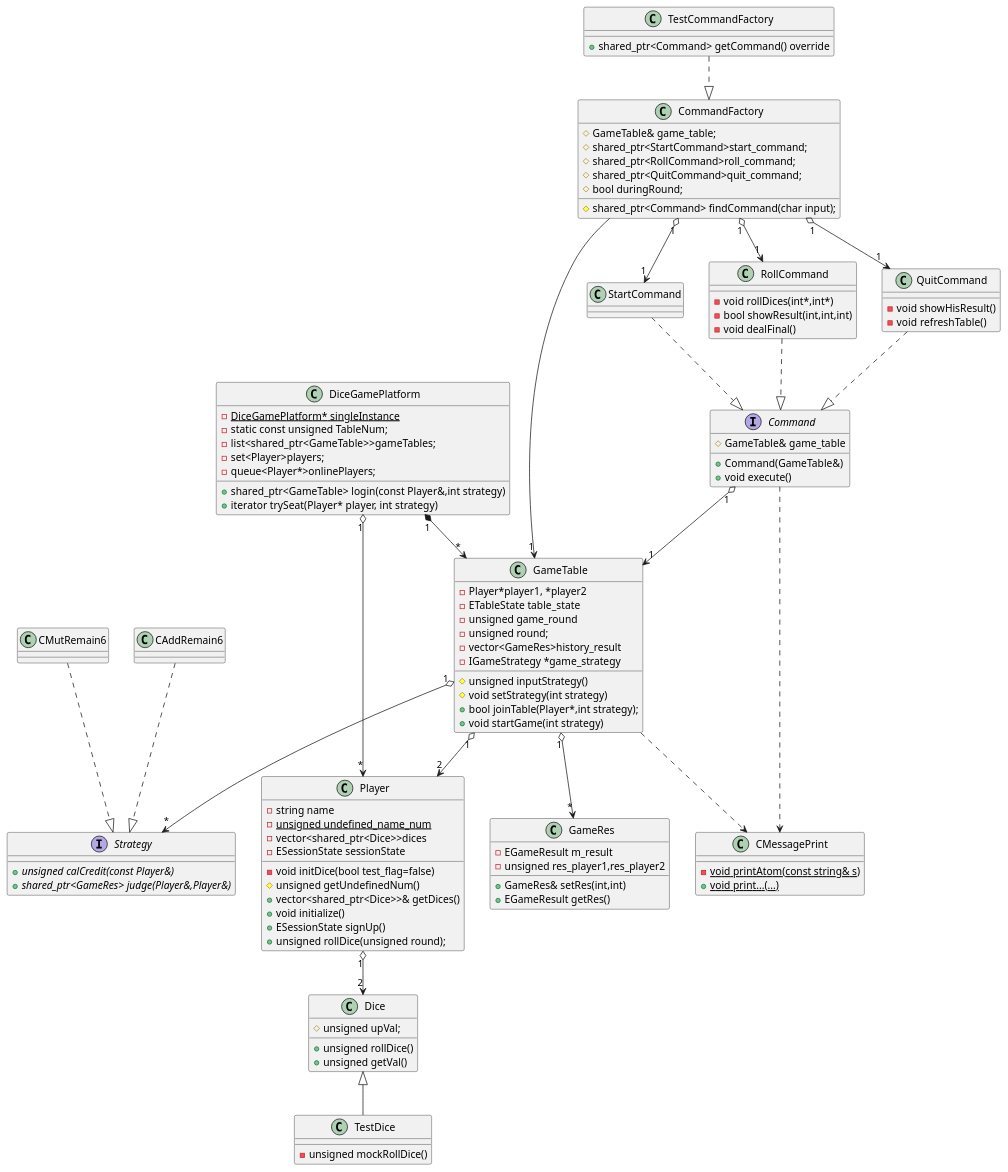
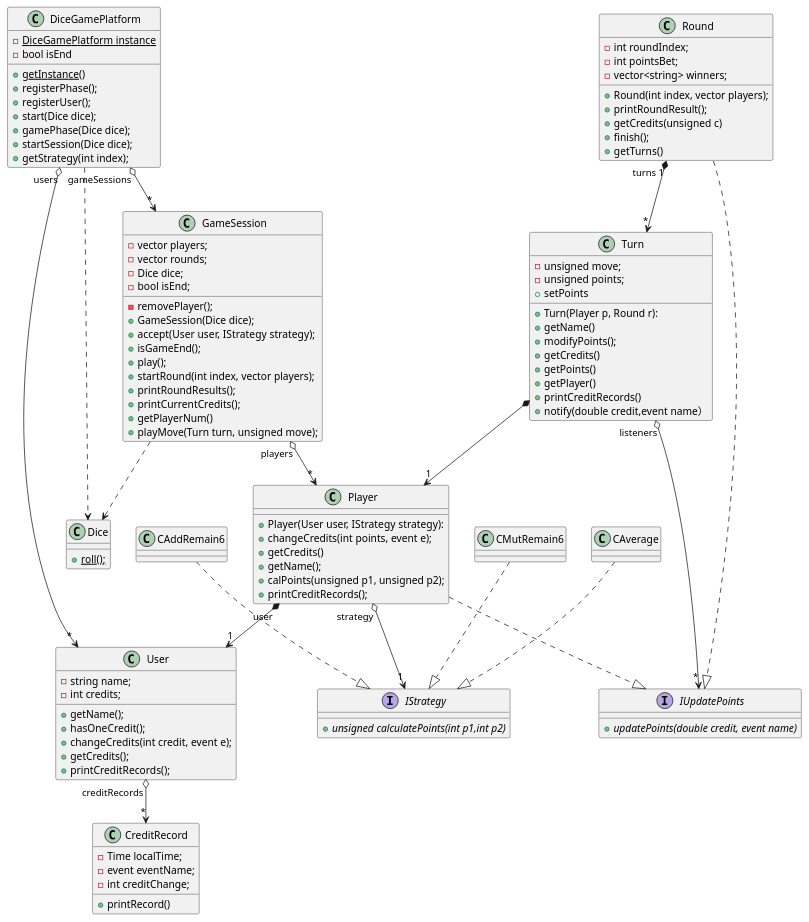
One commit to CaucherWang/DiceGame changed the diagram in class_diagram.md. Above: the diagram before and after it, drawn with PlantUML. The commit also changed 17 other files, not shown here.

```diff
--- a/class_diagram.md
+++ b/class_diagram.md
@@ -2,129 +2,125 @@
 @startuml
 class DiceGamePlatform
 {
--{static} DiceGamePlatform* singleInstance
-- static const unsigned TableNum;
-- list<shared_ptr<GameTable>>gameTables;
-- set<Player>players;
-- queue<Player*>onlinePlayers;
-+ shared_ptr<GameTable> login(const Player&,int strategy)
-+ iterator trySeat(Player* player, int strategy)
+-{static} DiceGamePlatform instance
+- bool isEnd
++{static} getInstance()
++ registerPhase();
++ registerUser();
++ start(Dice dice);
++ gamePhase(Dice dice);
++ startSession(Dice dice);
++ getStrategy(int index);
 }
-Interface Strategy
+DiceGamePlatform ..> Dice
+GameSession ..> Dice
+DiceGamePlatform "users" o--> "*" User
+DiceGamePlatform "gameSessions" o--> "*" GameSession
+
+class User
 {
-+{abstract} unsigned calCredit(const Player&)
-+{abstract} shared_ptr<GameRes> judge(Player&,Player&)
-}
-CAddRemain6..|>Strategy
-CMutRemain6..|>Strategy
-class CommandFactory
-{
-# GameTable& game_table;
-# shared_ptr<StartCommand>start_command;
-# shared_ptr<RollCommand>roll_command;
-# shared_ptr<QuitCommand>quit_command;
-# shared_ptr<Command> findCommand(char input);
-# bool duringRound;
+- string name;
+- int credits;
++ getName();
++ hasOneCredit();
++ changeCredits(int credit, event e);  
++ getCredits();
++ printCreditRecords();
 }
 
-Interface Command
+User "creditRecords" o--> "*" CreditRecord
+
+class CreditRecord
 {
-#   GameTable& game_table
-+   Command(GameTable&)
-+   void execute()
-}
-class StartCommand
-{
+- Time localTime;
+- event eventName;
+- int creditChange;
++ printRecord()
 }
 
-class RollCommand
+Interface IStrategy
 {
-- void rollDices(int*,int*)
-- bool showResult(int,int,int)
-- void dealFinal()
++{abstract} unsigned calculatePoints(int p1,int p2)
+}
+CAddRemain6..|>IStrategy
+CMutRemain6..|>IStrategy
+CAverage..|>IStrategy
+
+class GameSession
+{
+- vector players;
+- vector rounds;
+- Dice dice;
+- bool isEnd;
+- removePlayer();
++ GameSession(Dice dice);
++ accept(User user, IStrategy strategy);
++ isGameEnd();
++ play();
++ startRound(int index, vector players);
++ printRoundResults();
++ printCurrentCredits();
++ getPlayerNum()
++ playMove(Turn turn, unsigned move);
 }
 
-class QuitCommand
-{
-- void showHisResult()
-- void refreshTable()
-}
-class TestCommandFactory
-{
-+ shared_ptr<Command> getCommand() override
-}
-CommandFactory "1" o--> "1" StartCommand
-CommandFactory "1" o--> "1" RollCommand
-CommandFactory "1" o--> "1" QuitCommand
-CommandFactory --> "1" GameTable
-StartCommand..|>Command
-RollCommand..|>Command
-QuitCommand..|>Command
-TestCommandFactory..|>CommandFactory
-class GameRes
-{
-- EGameResult m_result
-- unsigned res_player1,res_player2
-+ GameRes& setRes(int,int)
-+ EGameResult getRes()
-}
+GameSession "players" o--> "*" Player
 
-class GameTable
-{
-- Player*player1, *player2
-- ETableState table_state
-- unsigned game_round
-- unsigned round;
-- vector<GameRes>history_result
-- IGameStrategy *game_strategy
-# unsigned inputStrategy()
-# void setStrategy(int strategy)
-+ bool joinTable(Player*,int strategy);
-+ void startGame(int strategy)
-}
 
 class Player
 {
-- string name
--{static} unsigned undefined_name_num
-- vector<shared_ptr<Dice>>dices
-- ESessionState sessionState
-- void initDice(bool test_flag=false)
-# unsigned getUndefinedNum()
-+ vector<shared_ptr<Dice>>& getDices()
-+ void initialize()
-+ ESessionState signUp()
-+ unsigned rollDice(unsigned round);
++ Player(User user, IStrategy strategy):
++ changeCredits(int points, event e);
++ getCredits()
++ getName();
++ calPoints(unsigned p1, unsigned p2);
++ printCreditRecords();
 }
+
+Player "user" *--> "1" User
+Player "strategy" o--> "1" IStrategy
 
 class Dice
 {
-# unsigned upVal;
-+ unsigned rollDice()
-+ unsigned getVal()
++{static} roll();
 }
 
-class TestDice
+interface IUpdatePoints
 {
-- unsigned mockRollDice()
++{abstract} updatePoints(double credit, event name)
 }
 
-class CMessagePrint
+class Round
 {
--{static} void printAtom(const string& s)
-+{static} void print...(...)
+- int roundIndex;
+- int pointsBet;
+- vector<string> winners;
++ Round(int index, vector players);
++ printRoundResult();
++ getCredits(unsigned c)
++ finish();
++ getTurns()
 }
+class Turn
+{
+- unsigned move;
+- unsigned points;
++ Turn(Player p, Round r):
++ getName()
++ setPoints
++ modifyPoints();
++ getCredits()
++ getPoints()
++ getPlayer()
++ printCreditRecords()
++ notify(double credit,event name）
+}
+Turn "listeners" o--> "*" IUpdatePoints
+Turn " "*-->"1" Player
+Round "turns 1" *--> "*" Turn
+Player..|>IUpdatePoints
+Round..|>IUpdatePoints
 
-Dice <|-- TestDice
-GameTable "1" o--> "2" Player
-Player "1" o--> "2" Dice
-DiceGamePlatform "1" o--> "*" Player
-DiceGamePlatform "1" *--> "*" GameTable
-GameTable "1" o--> "*" GameRes
-GameTable "1" o--> "*" Strategy
-Command ..> CMessagePrint
-GameTable ..> CMessagePrint
-Command "1" o--> "1" GameTable
 
 
 @enduml
```
